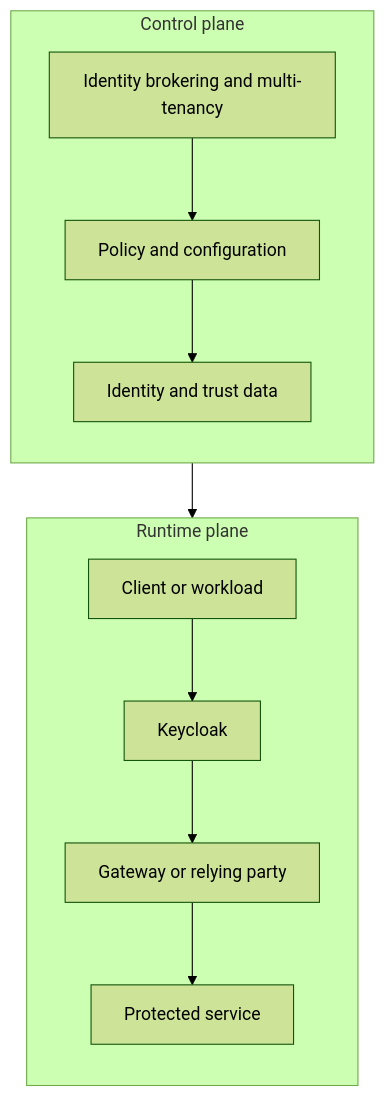
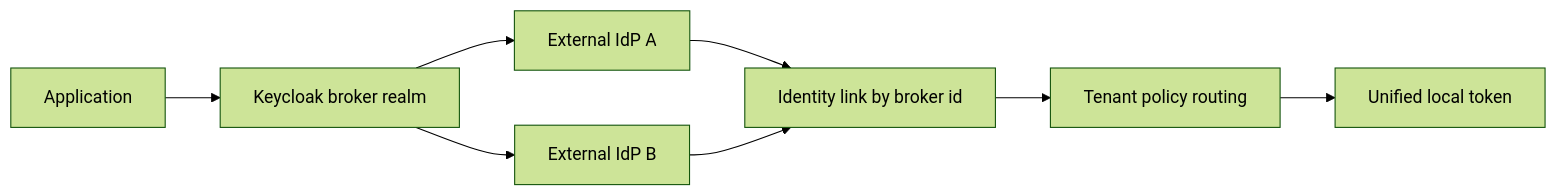
Diagram 20 of 36 in KeyCloack Reference Book.md (jeanflorentine/IAM-KeyCloack-Lab), drawn with Mermaid (forest theme) before and after one commit. The commit also changed other lines of this file, not shown here.

Commit message:
Revise chapter structure diagrams and chapter 31 interview bank

````diff
--- a/KeyCloack Reference Book.md
+++ b/KeyCloack Reference Book.md
@@ -2211,24 +2042,10 @@
 ```mermaid
-flowchart TB
-    subgraph CP[Control plane]
-        direction TB
-        A[Identity brokering and multi-tenancy]
-        B[Policy and configuration]
-        C[Identity and trust data]
-        A --> B
-        B --> C
-    end
-
-    subgraph RP[Runtime plane]
-        direction TB
-        D[Client or workload]
-        E[Keycloak]
-        F[Gateway or relying party]
-        G[Protected service]
-        D --> E
-        E --> F
-        F --> G
-    end
-
-    CP --> RP
+flowchart LR
+    App[Application] --> BrokerRealm[Keycloak broker realm]
+    BrokerRealm --> IdPA[External IdP A]
+    BrokerRealm --> IdPB[External IdP B]
+    IdPA --> Link[Identity link by broker id]
+    IdPB --> Link
+    Link --> Tenant[Tenant policy routing]
+    Tenant --> Token[Unified local token]
 ```
````
